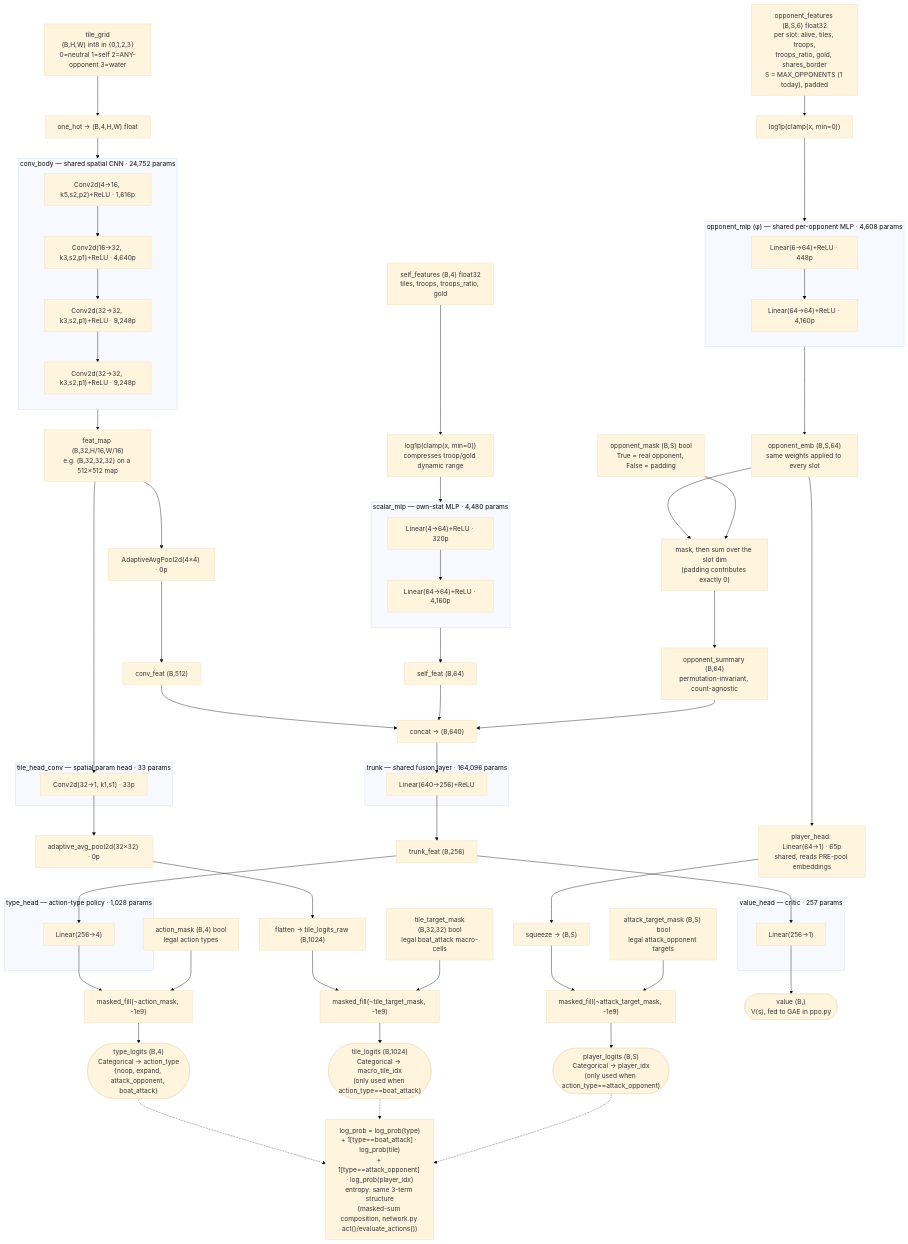
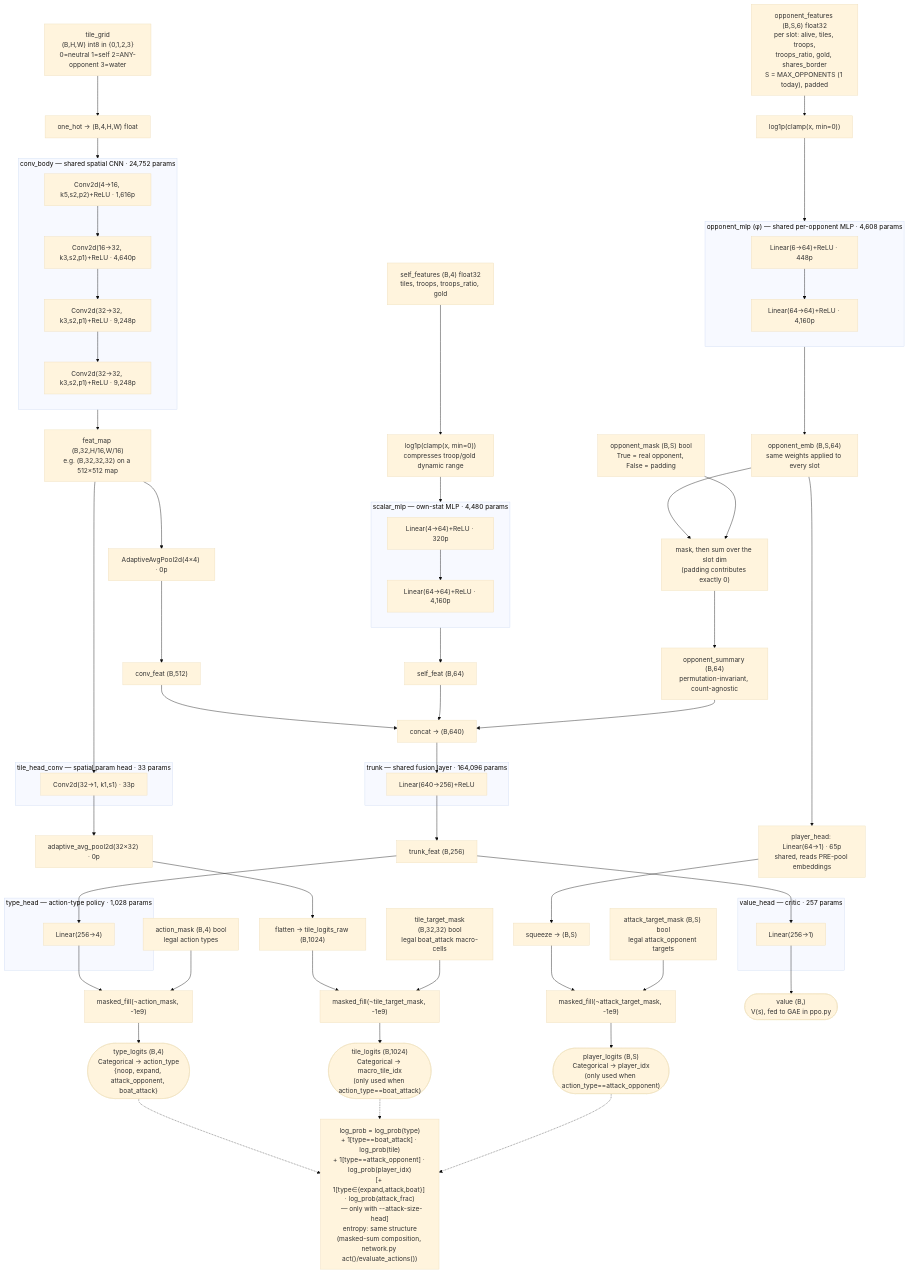
One commit to OwenKarmel/openfront-rl changed the diagram in README.md. Above: the diagram before and after it, drawn with Mermaid (base theme). The commit also changed other lines of this file and 5 other files, not shown here.

First line of the commit message:
Add run6 launcher, eval_vs_script.py, attack-size env test; document Tier 0

````diff
--- a/README.md
+++ b/README.md
@@ -260,7 +271,7 @@
     TRF --> V1
     V1 --> VALOUT(["value (B,)<br/>V(s), fed to GAE in ppo.py"])
 
-    TYPEOUT -.-> COMPOSE["log_prob = log_prob(type)<br/>+ 1[type==boat_attack] · log_prob(tile)<br/>+ 1[type==attack_opponent] · log_prob(player_idx)<br/>entropy: same 3-term structure<br/>(masked-sum composition, network.py act()/evaluate_actions())"]
+    TYPEOUT -.-> COMPOSE["log_prob = log_prob(type)<br/>+ 1[type==boat_attack] · log_prob(tile)<br/>+ 1[type==attack_opponent] · log_prob(player_idx)<br/>[+ 1[type∈{expand,attack,boat}] · log_prob(attack_frac)<br/>  — only with --attack-size-head]<br/>entropy: same structure<br/>(masked-sum composition, network.py act()/evaluate_actions())"]
     TILEOUT -.-> COMPOSE
     PLAYEROUT -.-> COMPOSE
 ```
````
